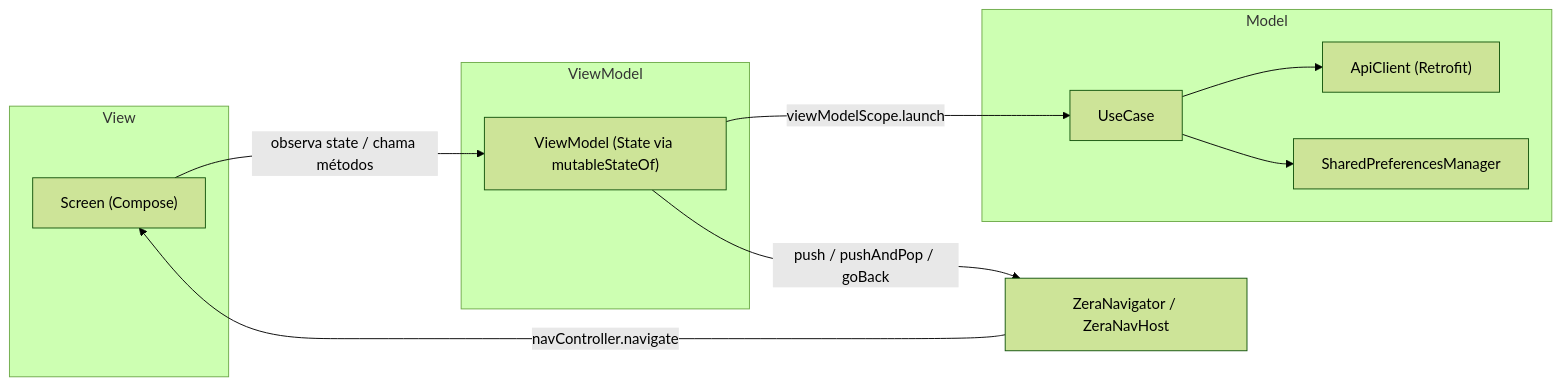
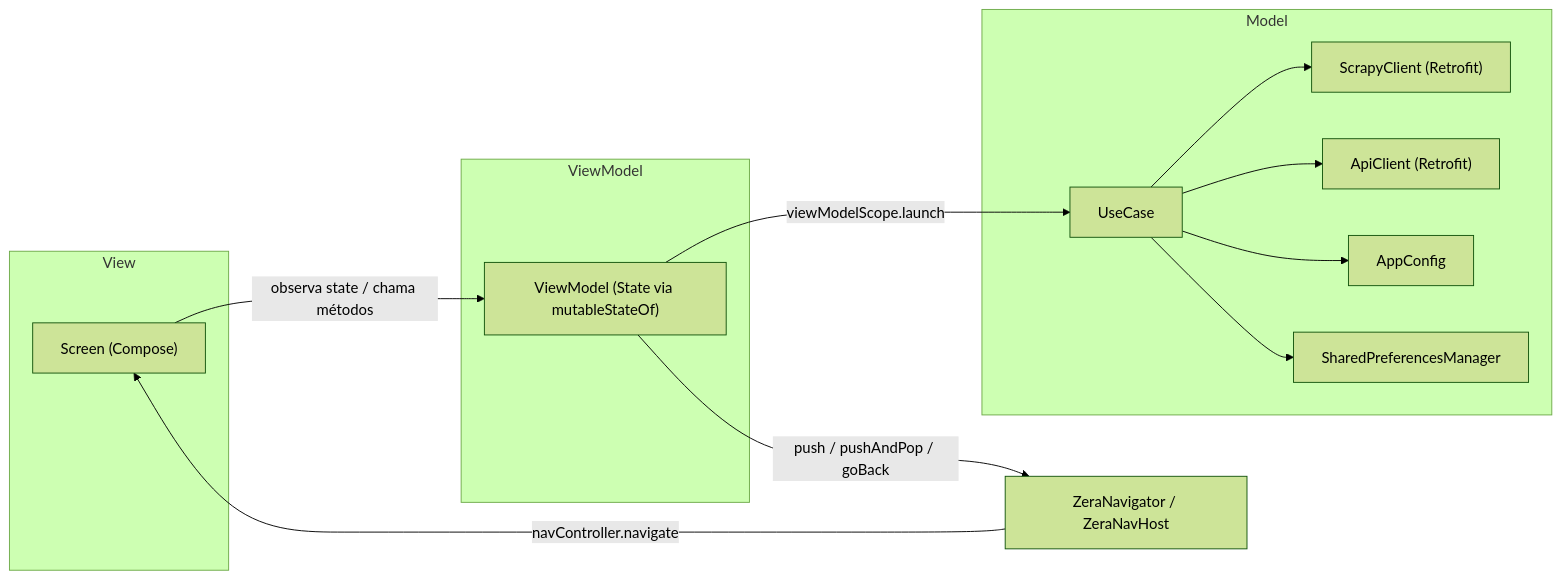
Before and after one commit to zera-interdisciplinar/zera-android-app: the diagram in docs/01-arquitetura.md, drawn with Mermaid (forest theme). The commit also changed other lines of this file and 18 other files, not shown here.

````diff
--- a/docs/01-arquitetura.md
+++ b/docs/01-arquitetura.md
@@ -107,22 +110,26 @@
 ```mermaid
 flowchart LR
     subgraph View
         Screen["Screen (Compose)"]
     end
     subgraph ViewModel
         VM["ViewModel (State via mutableStateOf)"]
     end
     subgraph Model
         UC["UseCase"]
+        Scrapy["ScrapyClient (Retrofit)"]
         API["ApiClient (Retrofit)"]
+        Config["AppConfig"]
         Prefs["SharedPreferencesManager"]
     end
     Nav["ZeraNavigator / ZeraNavHost"]
 
     Screen -- "observa state / chama métodos" --> VM
     VM -- "viewModelScope.launch" --> UC
+    UC --> Scrapy
     UC --> API
+    UC --> Config
     UC --> Prefs
     VM -- "push / pushAndPop / goBack" --> Nav
     Nav -- "navController.navigate" --> Screen
 ```
````
